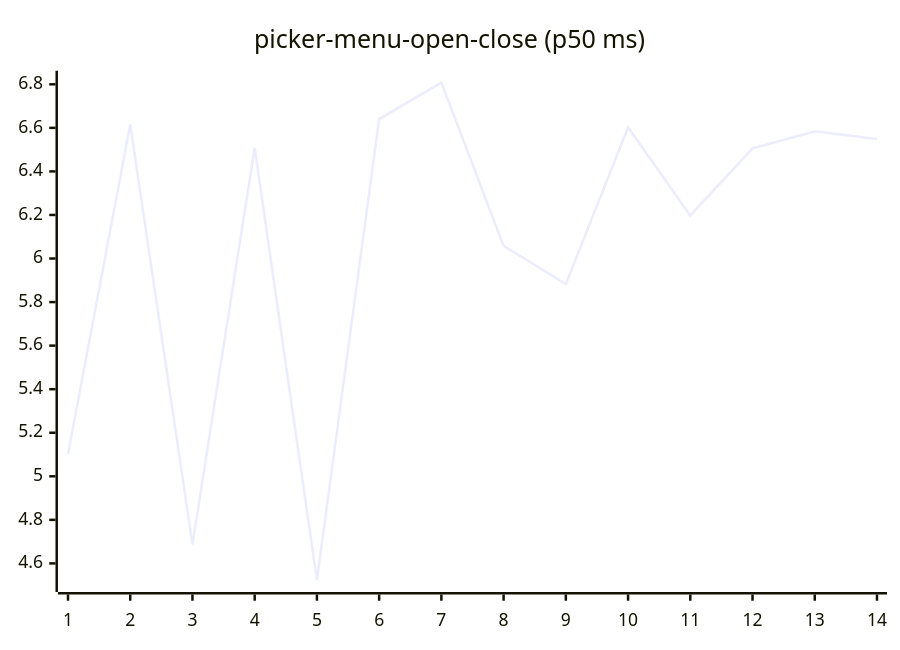
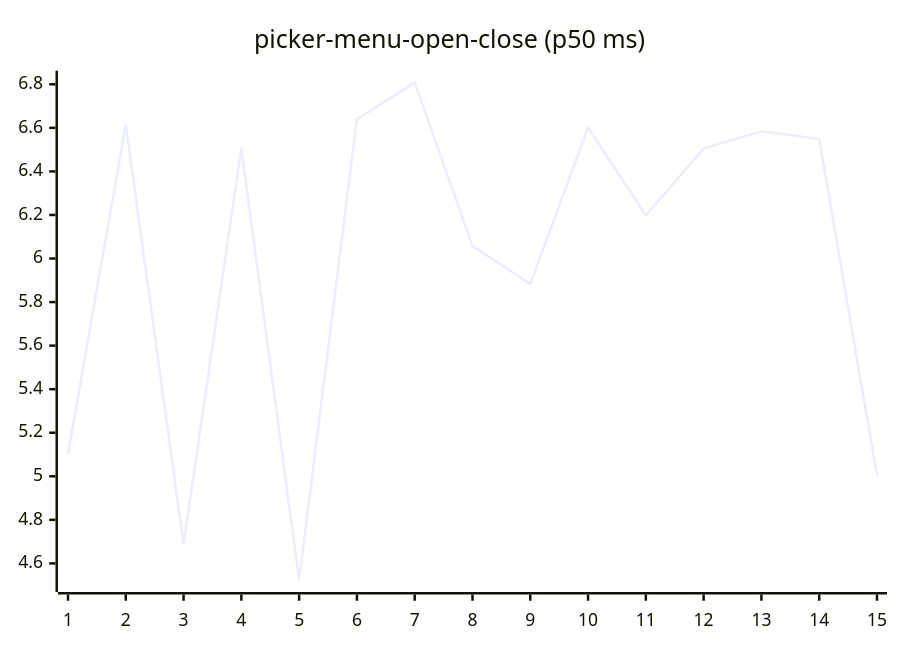
Diagram 16 of 27 in README.md (josha/Facet), drawn with Mermaid before and after one commit. The commit also changed other lines of this file and 2 other files, not shown here.

````diff
--- a/README.md
+++ b/README.md
@@ -168,6 +168,6 @@
 ```mermaid
 xychart-beta
     title "picker-menu-open-close (p50 ms)"
-    x-axis 1 --> 14
-    line [5.1020, 6.6154, 4.6873, 6.5076, 4.5232, 6.6400, 6.8077, 6.0581, 5.8829, 6.6018, 6.1978, 6.5053, 6.5840, 6.5483]
+    x-axis 1 --> 15
+    line [5.1020, 6.6154, 4.6873, 6.5076, 4.5232, 6.6400, 6.8077, 6.0581, 5.8829, 6.6018, 6.1978, 6.5053, 6.5840, 6.5483, 5.0039]
 ```
````
